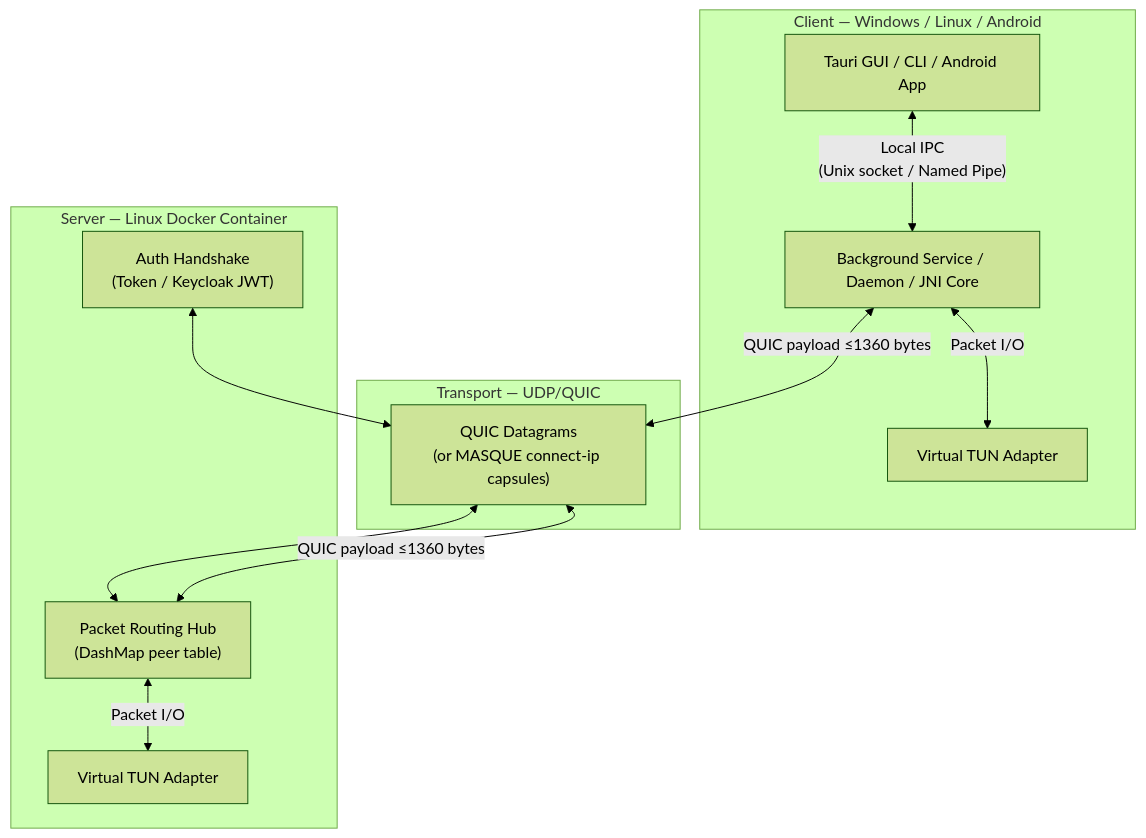
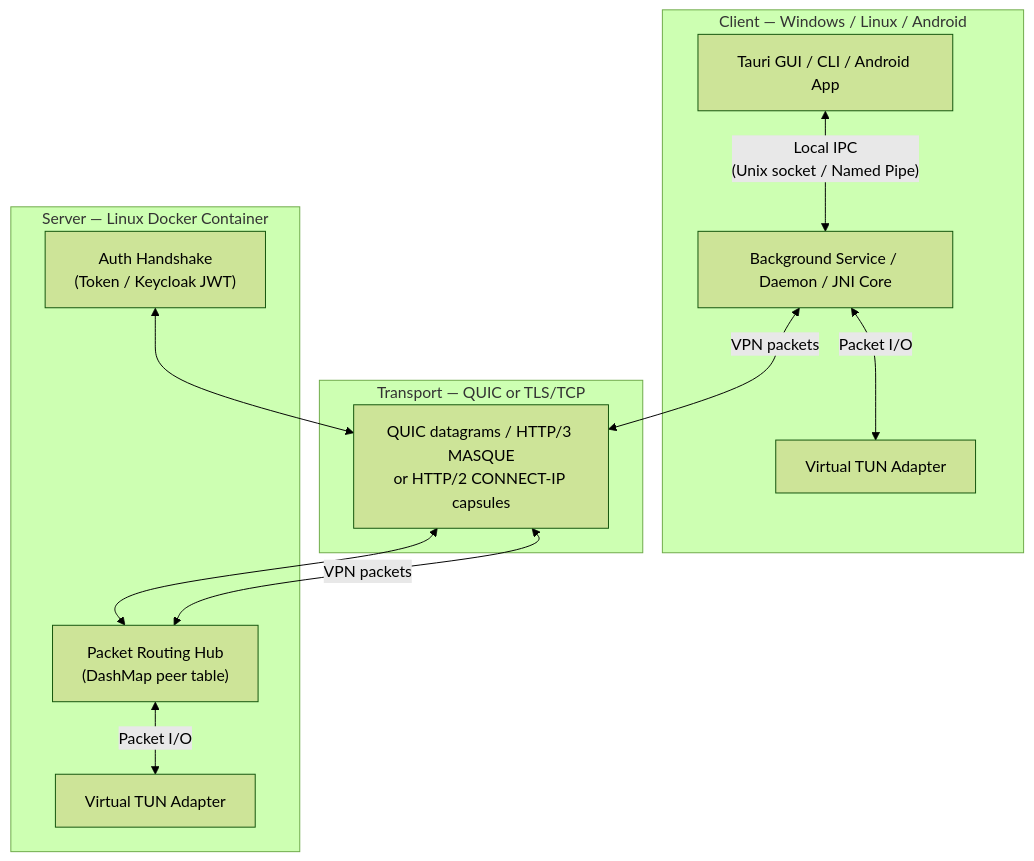
Before and after one commit to zerox80/mavi-vpn: the diagram in README.md, drawn with Mermaid (forest theme). The commit also changed other lines of this file and 85 other files, not shown here.

First line of the commit message:
Add end-to-end HTTP/2 CONNECT-IP transport (#219)

````diff
--- a/README.md
+++ b/README.md
@@ -50,28 +56,28 @@
 ```mermaid
 graph TD
     subgraph "Client — Windows / Linux / Android"
         GUI["Tauri GUI / CLI / Android App"]
         SVC["Background Service / Daemon / JNI Core"]
         TUN_C["Virtual TUN Adapter"]
 
         GUI <-->|"Local IPC\n(Unix socket / Named Pipe)"| SVC
         SVC <-->|"Packet I/O"| TUN_C
     end
 
-    subgraph "Transport — UDP/QUIC"
-        QUIC["QUIC Datagrams\n(or MASQUE connect-ip capsules)"]
+    subgraph "Transport — QUIC or TLS/TCP"
+        QUIC["QUIC datagrams / HTTP/3 MASQUE\nor HTTP/2 CONNECT-IP capsules"]
     end
 
     subgraph "Server — Linux Docker Container"
         AUTH["Auth Handshake\n(Token / Keycloak JWT)"]
         HUB["Packet Routing Hub\n(DashMap peer table)"]
         TUN_S["Virtual TUN Adapter"]
 
         AUTH <--> QUIC
         HUB <--> QUIC
         HUB <-->|"Packet I/O"| TUN_S
     end
 
-    SVC <-->|"QUIC payload ≤1360 bytes"| QUIC
-    QUIC <-->|"QUIC payload ≤1360 bytes"| HUB
+    SVC <-->|"VPN packets"| QUIC
+    QUIC <-->|"VPN packets"| HUB
 ```
````
